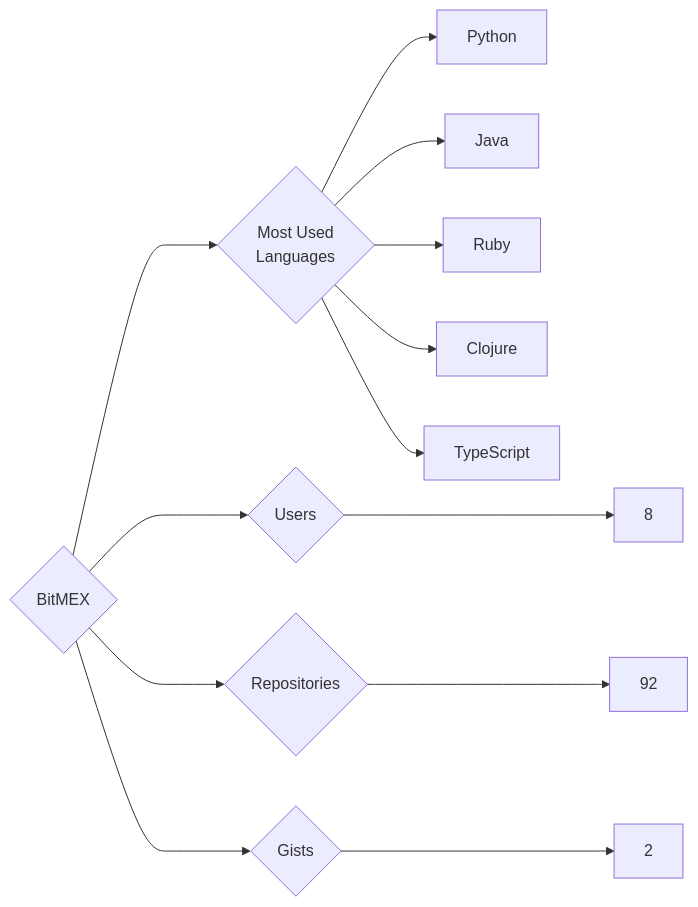
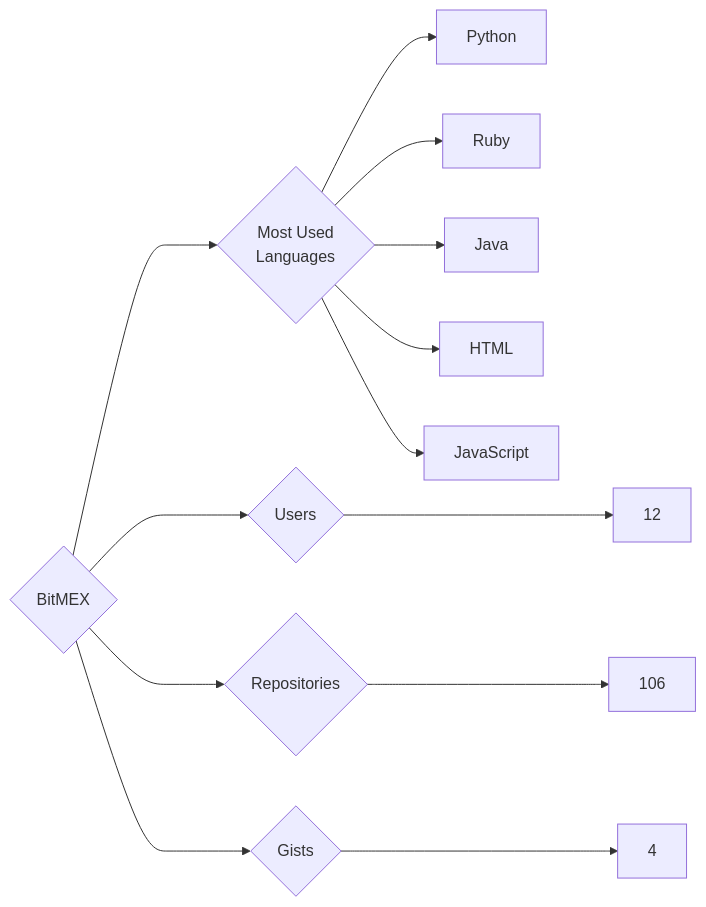
Before and after one commit to trickest/insiders: the diagram in targets/BitMEX/README.md, drawn with Mermaid. The commit also changed 1167 other files, not shown here.

````diff
--- a/targets/BitMEX/README.md
+++ b/targets/BitMEX/README.md
@@ -3,13 +3,13 @@
 ```mermaid
 graph LR
 COMPANY_NAME{BitMEX}
-COMPANY_NAME ---> U{Users} ---> UN[8]
-COMPANY_NAME ---> R{Repositories} ---> RN[92]
-COMPANY_NAME ---> G{Gists} ---> GN[2]
+COMPANY_NAME ---> U{Users} ---> UN[12]
+COMPANY_NAME ---> R{Repositories} ---> RN[106]
+COMPANY_NAME ---> G{Gists} ---> GN[4]
 COMPANY_NAME ---> ML{Most Used<br>Languages}
 ML --> Python[Python]
+ML --> Ruby[Ruby]
 ML --> Java[Java]
-ML --> Ruby[Ruby]
-ML --> Clojure[Clojure]
-ML --> TypeScript[TypeScript]
+ML --> HTML[HTML]
+ML --> JavaScript[JavaScript]
 ```
````
